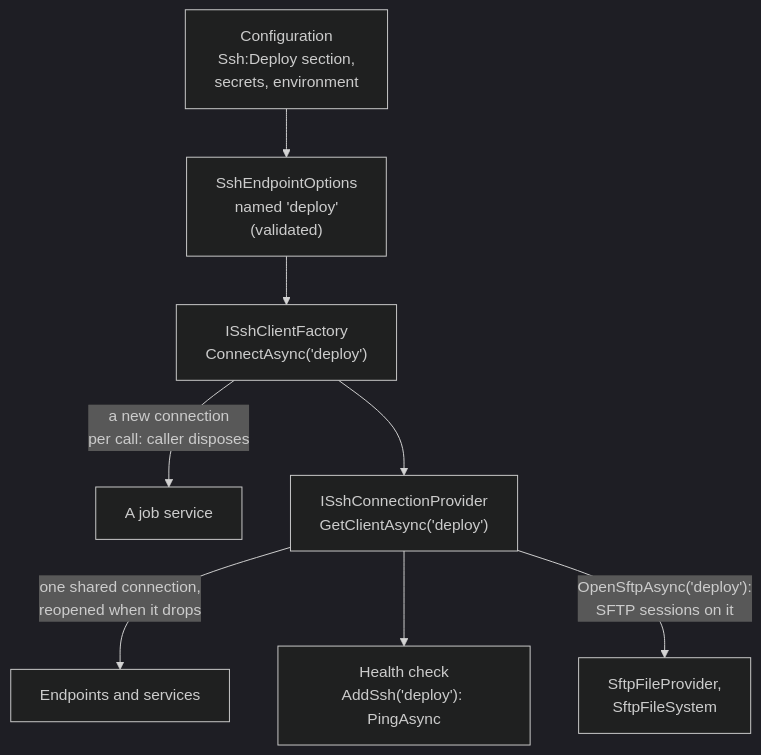
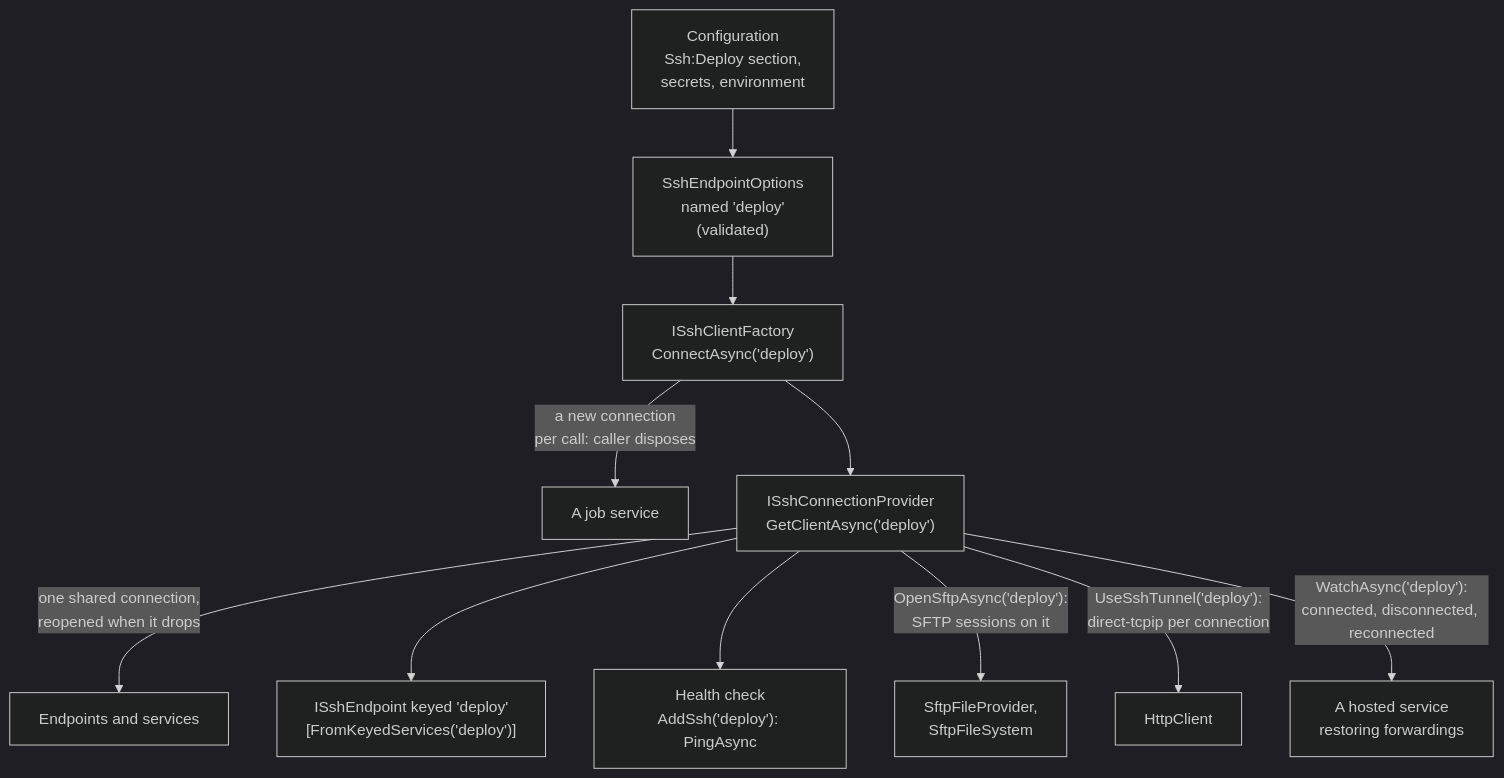
Before and after one commit to zcsizmadia/SshSharp: the diagram in docs/how-to/aspnetcore-and-di.md, drawn with Mermaid (dark theme). The commit also changed other lines of this file and 32 other files, not shown here.

First line of the commit message:
DI: keyed endpoints, UseSshTunnel, connection events, JumpHosts, UseAgent, key-line pins (part of #266) (#337)

````diff
--- a/docs/how-to/aspnetcore-and-di.md
+++ b/docs/how-to/aspnetcore-and-di.md
@@ -18,10 +18,13 @@
 ```mermaid
 flowchart TB
     config["Configuration<br/>Ssh:Deploy section,<br/>secrets, environment"] --> options["SshEndpointOptions<br/>named 'deploy'<br/>(validated)"]
     options --> factory["ISshClientFactory<br/>ConnectAsync('deploy')"]
     factory -->|"a new connection<br/>per call: caller disposes"| job["A job service"]
     factory --> provider["ISshConnectionProvider<br/>GetClientAsync('deploy')"]
     provider -->|"one shared connection,<br/>reopened when it drops"| api["Endpoints and services"]
+    provider --> keyed["ISshEndpoint keyed 'deploy'<br/>[FromKeyedServices('deploy')]"]
     provider --> health["Health check<br/>AddSsh('deploy'): PingAsync"]
     provider -->|"OpenSftpAsync('deploy'):<br/>SFTP sessions on it"| files["SftpFileProvider,<br/>SftpFileSystem"]
+    provider -->|"UseSshTunnel('deploy'):<br/>direct-tcpip per connection"| http["HttpClient"]
+    provider -->|"WatchAsync('deploy'):<br/>connected, disconnected, reconnected"| watcher["A hosted service<br/>restoring forwardings"]
 ```
````
